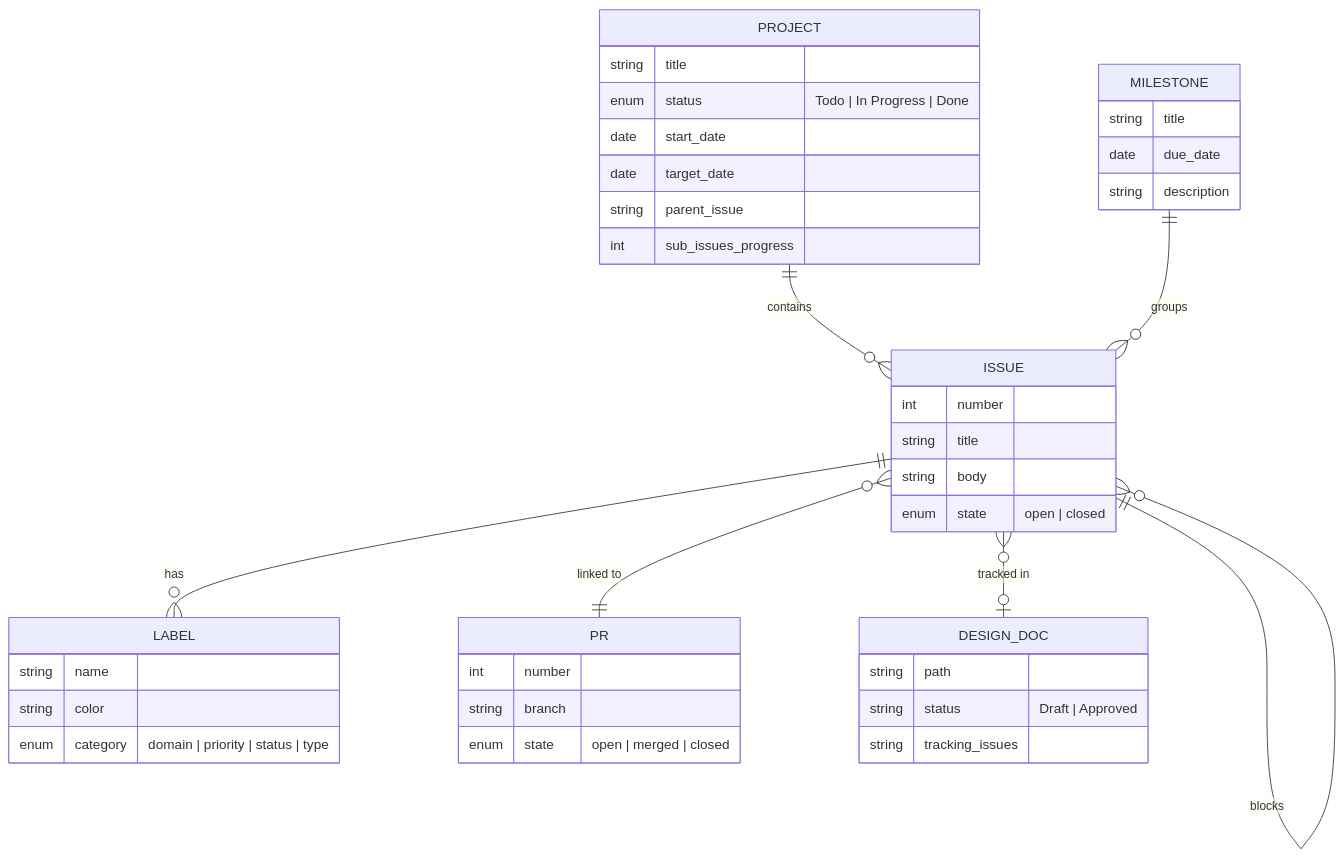
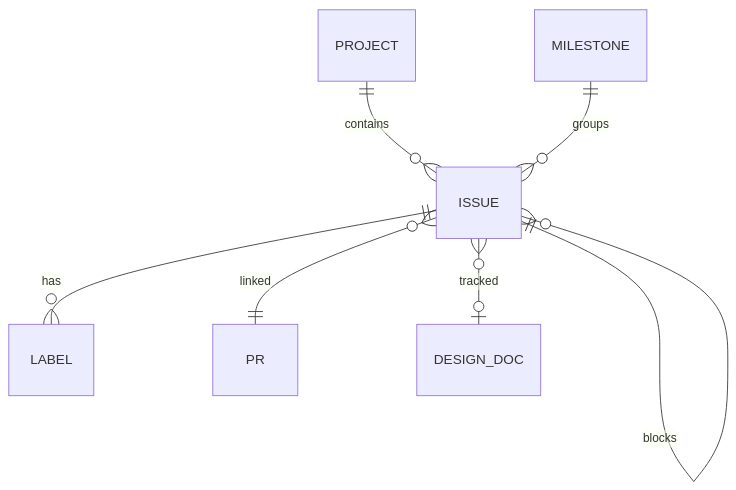
One commit to tinaudio/synth-setter changed the second of 2 diagrams in docs/design/github-taxonomy.md. Above: the diagram before and after it, drawn with Mermaid. The commit also changed other lines of this file, not shown here.

Commit message:
docs(design): fix diagram truncation — replace mermaid with text
GitHub renders mermaid state diagrams with fixed-width boxes that
truncate labels. Replace status workflow and issue lifecycle with
text representations. Strip field details from ER diagram (already
covered by tables).

````diff
--- a/docs/design/github-taxonomy.md
+++ b/docs/design/github-taxonomy.md
@@ -295,50 +291,10 @@
 ```mermaid
 erDiagram
     PROJECT ||--o{ ISSUE : contains
     MILESTONE ||--o{ ISSUE : groups
     ISSUE ||--o{ LABEL : has
-    ISSUE ||--o| ISSUE : "parent of"
-    ISSUE ||--o{ ISSUE : "blocks"
-    ISSUE }o--|| PR : "linked to"
-    ISSUE }o--o| DESIGN_DOC : "tracked in"
-
-    PROJECT {
-        string title
-        enum status "Todo | In Progress | Done"
-        date start_date
-        date target_date
-        string parent_issue
-        int sub_issues_progress
-    }
-
-    MILESTONE {
-        string title
-        date due_date
-        string description
-    }
-
-    ISSUE {
-        int number
-        string title
-        string body
-        enum state "open | closed"
-    }
-
-    LABEL {
-        string name
-        string color
-        enum category "domain | priority | status | type"
-    }
-
-    PR {
-        int number
-        string branch
-        enum state "open | merged | closed"
-    }
-
-    DESIGN_DOC {
-        string path
-        string status "Draft | Approved"
-        string tracking_issues
-    }
+    ISSUE ||--o| ISSUE : parent
+    ISSUE ||--o{ ISSUE : blocks
+    ISSUE }o--|| PR : linked
+    ISSUE }o--o| DESIGN_DOC : tracked
 ```
````
